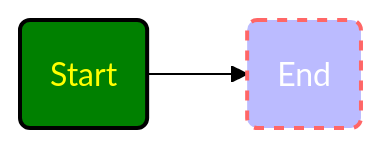
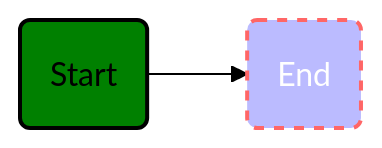
One commit to dmccreary/graph-systems-thinking changed the fourth of 4 diagrams in docs/render-tests/mermaid-test.md. Above: the diagram before and after it, drawn with Mermaid (forest theme). The commit also changed 1 other file, not shown here.

Commit message:
updated content

````diff
--- a/docs/render-tests/mermaid-test.md
+++ b/docs/render-tests/mermaid-test.md
@@ -28,7 +28,7 @@
 ```mermaid
 graph LR
     Start(Start)-->End(End)
-    style Start fill:green, stroke:black, stroke-width:2px, color:yellow
+    style Start fill:green, stroke:black, stroke-width:2px
     style End fill:#bbf, stroke:#f66, stroke-width:2px, color:#fff, stroke-dasharray: 5 5
     
 ```
````
